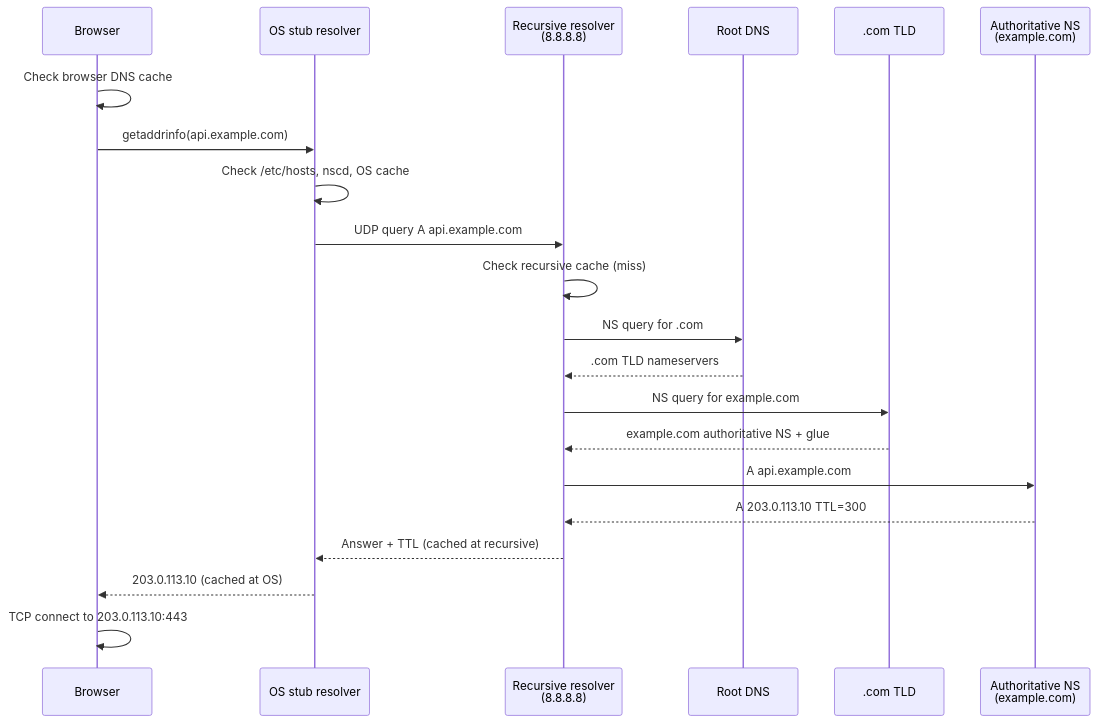
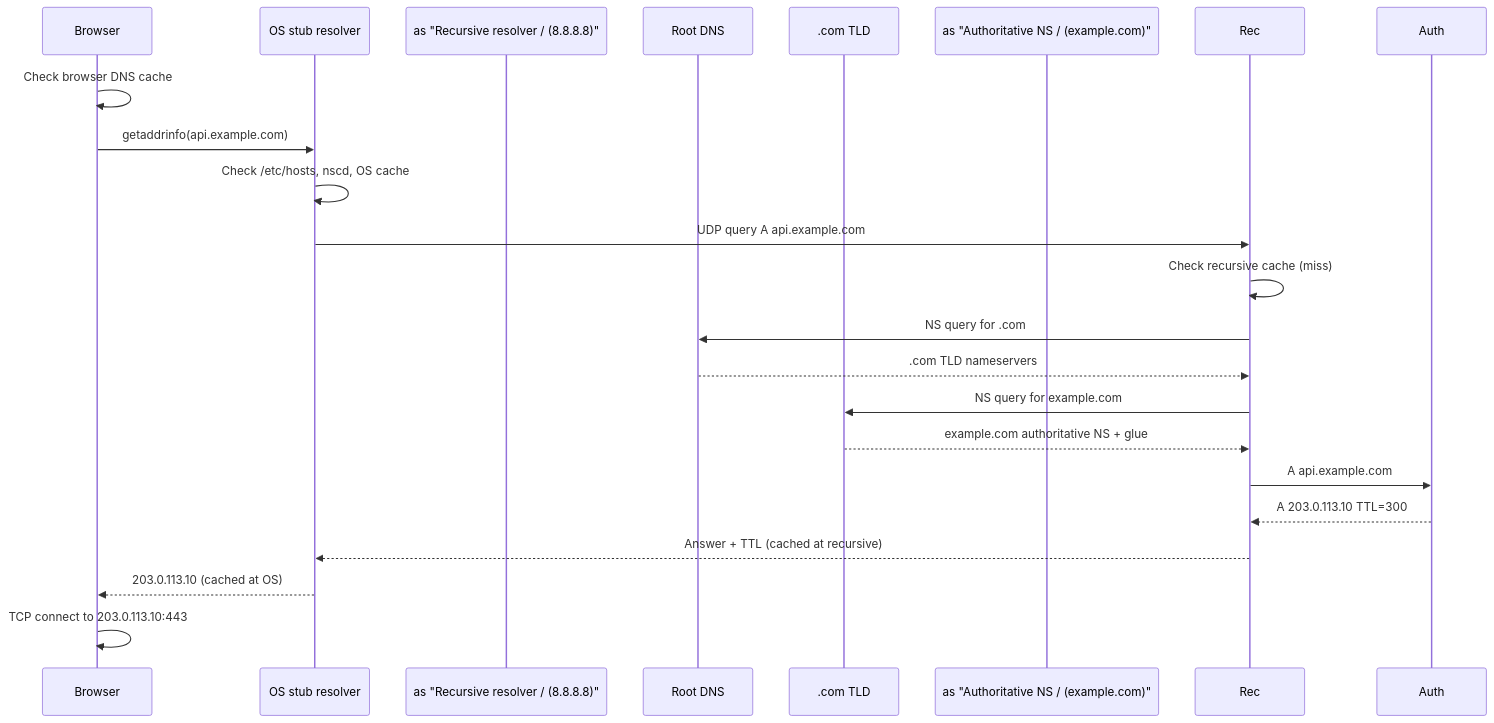
One commit to hareramcse/SystemDesign changed the tenth of 24 diagrams in 01-networking/README.md. Above: the diagram before and after it, drawn with Mermaid. The commit also changed other lines of this file and 14 other files, not shown here.

````diff
--- a/01-networking/README.md
+++ b/01-networking/README.md
@@ -748,24 +748,24 @@
 ```mermaid
 sequenceDiagram
     participant Browser
     participant OS as OS stub resolver
-    participant Rec as Recursive resolver<br/>(8.8.8.8)
+    participant  as "Recursive resolver / (8.8.8.8)"
     participant Root as Root DNS
     participant TLD as .com TLD
-    participant Auth as Authoritative NS<br/>(example.com)
+    participant  as "Authoritative NS / (example.com)"
 
     Browser->>Browser: Check browser DNS cache
     Browser->>OS: getaddrinfo(api.example.com)
     OS->>OS: Check /etc/hosts, nscd, OS cache
     OS->>Rec: UDP query A api.example.com
     Rec->>Rec: Check recursive cache (miss)
     Rec->>Root: NS query for .com
     Root-->>Rec: .com TLD nameservers
     Rec->>TLD: NS query for example.com
     TLD-->>Rec: example.com authoritative NS + glue
     Rec->>Auth: A api.example.com
     Auth-->>Rec: A 203.0.113.10 TTL=300
     Rec-->>OS: Answer + TTL (cached at recursive)
     OS-->>Browser: 203.0.113.10 (cached at OS)
     Browser->>Browser: TCP connect to 203.0.113.10:443
 ```
````
